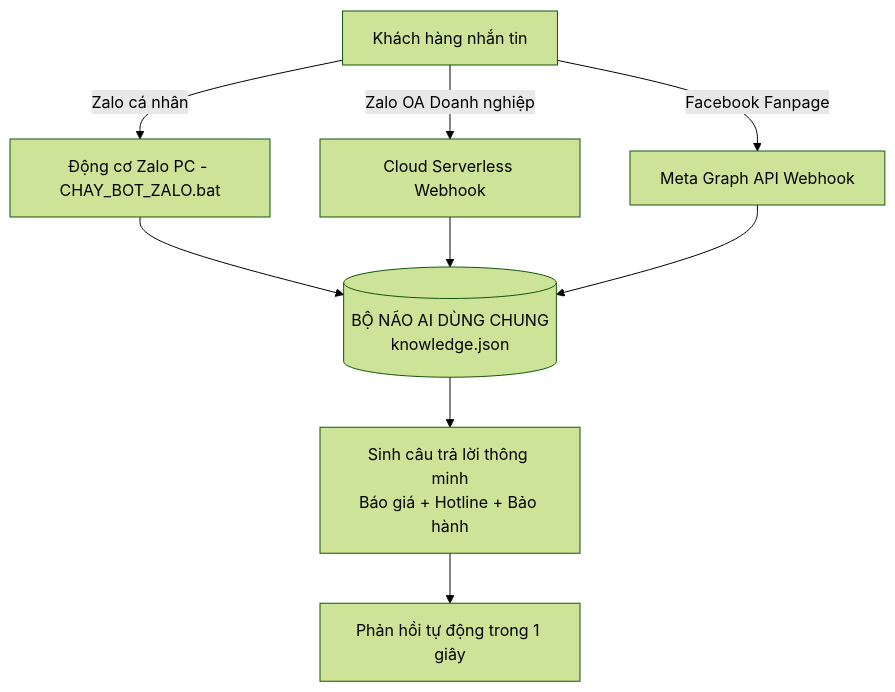
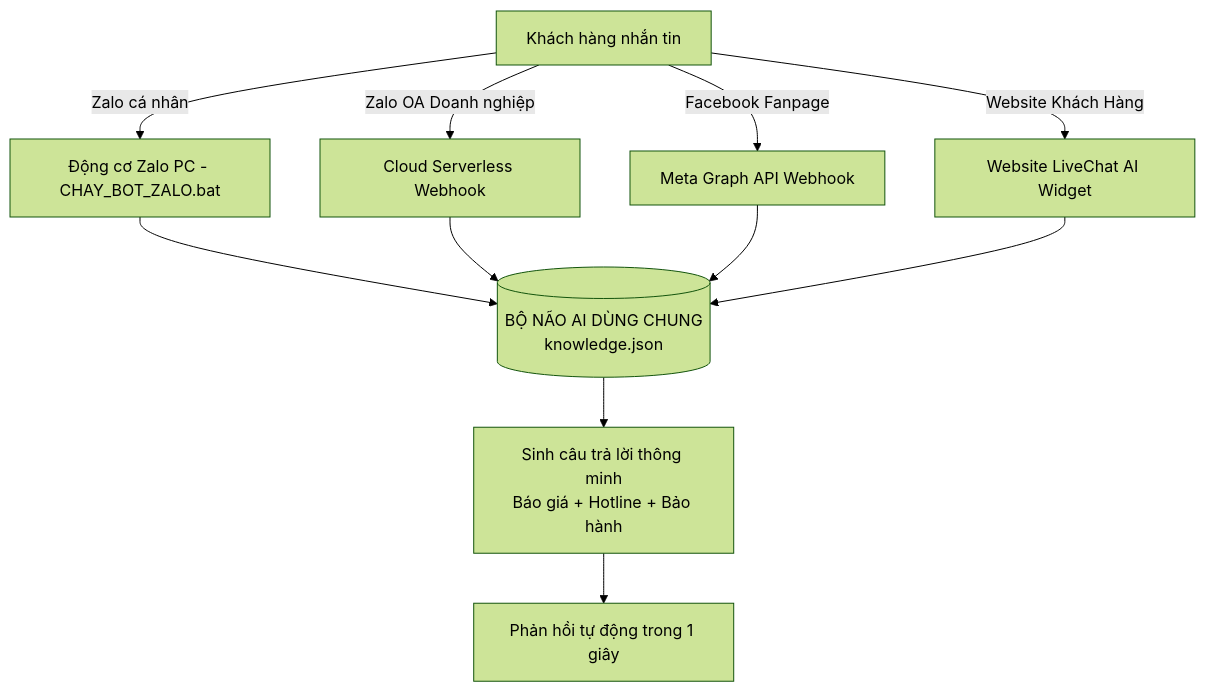
One commit to vanhaitech86-lab/bot-zalo-ai changed the diagram in SO_TAY_HUONG_DAN_CAI_DAT_VA_SU_DUNG.md. Above: the diagram before and after it, drawn with Mermaid (forest theme). The commit also changed other lines of this file and 5 other files, not shown here.

Commit message:
feat: Add Website LiveChat AI Widget integration and update commercial package

````diff
--- a/SO_TAY_HUONG_DAN_CAI_DAT_VA_SU_DUNG.md
+++ b/SO_TAY_HUONG_DAN_CAI_DAT_VA_SU_DUNG.md
@@ -27,13 +28,15 @@
 ```mermaid
 graph TD
     A[Khách hàng nhắn tin] -->|Zalo cá nhân| B[Động cơ Zalo PC - CHAY_BOT_ZALO.bat]
     A -->|Zalo OA Doanh nghiệp| C[Cloud Serverless Webhook]
     A -->|Facebook Fanpage| D[Meta Graph API Webhook]
+    A -->|Website Khách Hàng| W[Website LiveChat AI Widget]
     
     B --> E[(BỘ NÃO AI DÙNG CHUNG\nknowledge.json)]
     C --> E
     D --> E
+    W --> E
     
     E --> F[Sinh câu trả lời thông minh\nBáo giá + Hotline + Bảo hành]
     F --> G[Phản hồi tự động trong 1 giây]
 ```
````
